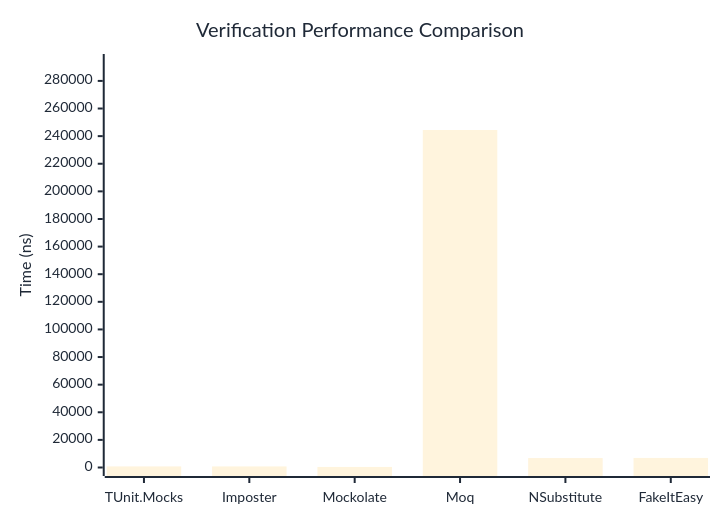
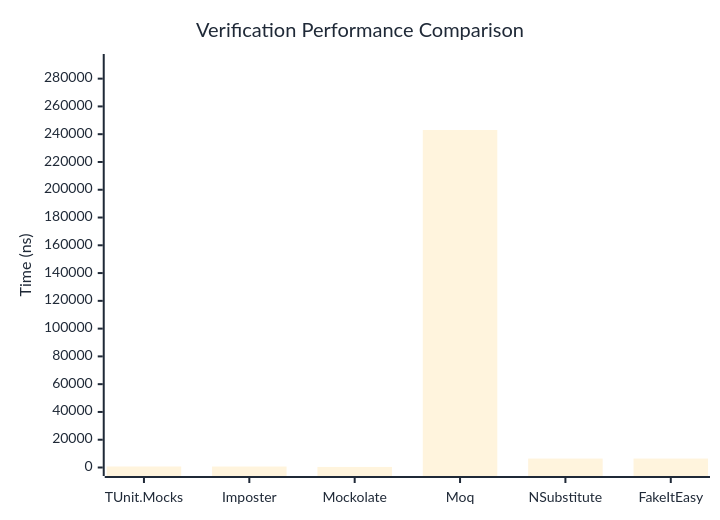
One commit to thomhurst/TUnit changed the first of 3 diagrams in docs/docs/benchmarks/mocks/Verification.md. Above: the diagram before and after it, drawn with Mermaid. The commit also changed other lines of this file and 14 other files, not shown here.

````diff
--- a/docs/docs/benchmarks/mocks/Verification.md
+++ b/docs/docs/benchmarks/mocks/Verification.md
@@ -30,27 +30,27 @@
 ```mermaid
 %%{init: {
   'theme':'base',
   'themeVariables': {
     'primaryColor': '#2563eb',
     'primaryTextColor': '#1f2937',
     'primaryBorderColor': '#1e40af',
     'lineColor': '#6b7280',
     'secondaryColor': '#7c3aed',
     'tertiaryColor': '#dc2626',
     'background': '#ffffff',
     'pie1': '#2563eb',
     'pie2': '#7c3aed',
     'pie3': '#dc2626',
     'pie4': '#f59e0b',
     'pie5': '#10b981',
     'pie6': '#06b6d4',
     'pie7': '#ec4899',
     'pie8': '#6366f1'
   }
 }}%%
 xychart-beta
   title "Verification Performance Comparison"
   x-axis ["TUnit.Mocks", "Imposter", "Mockolate", "Moq", "NSubstitute", "FakeItEasy"]
-  y-axis "Time (ns)" 0 --> 293332
-  bar [792.51, 777.88, 416.72, 244443.23, 6854.15, 6928.96]
+  y-axis "Time (ns)" 0 --> 291625
+  bar [720.66, 695.97, 400.7, 243020.67, 6425.99, 6431.31]
 ```
````
